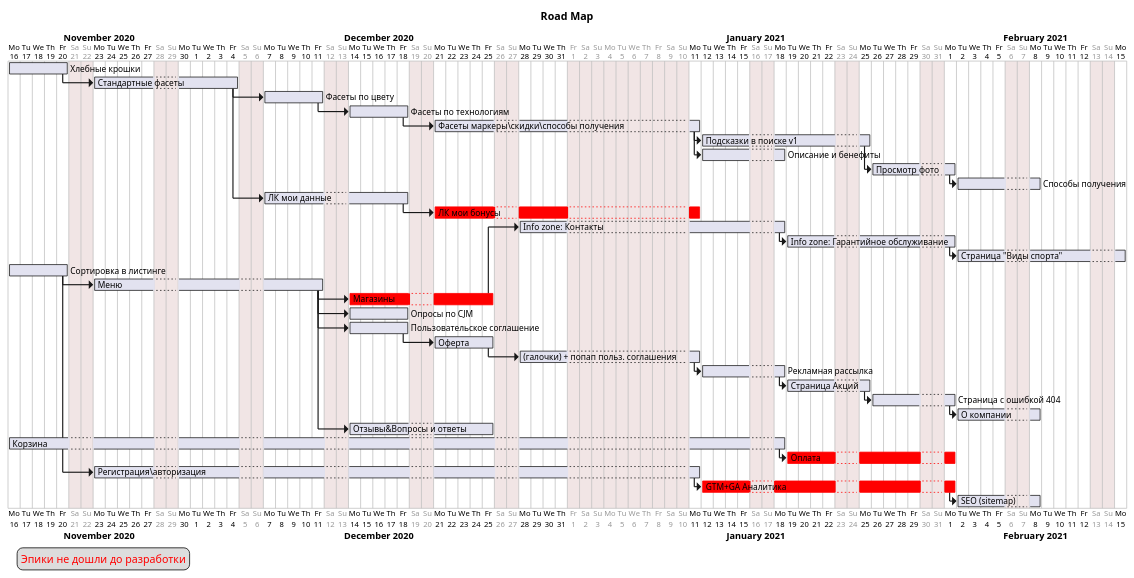
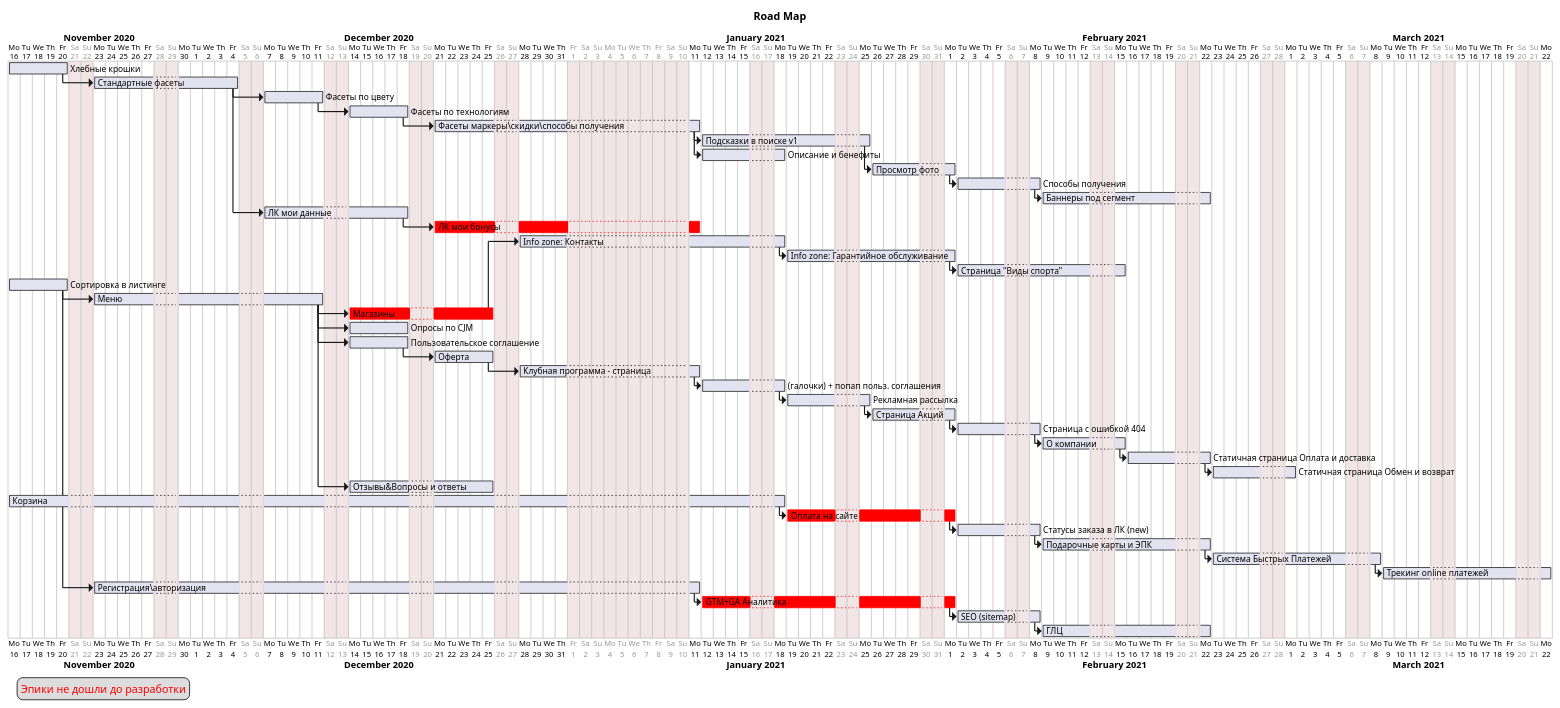
Before and after one commit to ViKt0R-K/plantuml: the diagram in roadMap.puml, drawn with PlantUML.

```diff
--- a/roadMap.puml
+++ b/roadMap.puml
@@ -1,95 +1,114 @@
 @startgantt
 
 title Road Map
 
 project starts the 2020/11/16
 saturday are closed
 sunday are closed
 '2020/12/09 is closed
 2021/01/01 to 2021/01/10 is closed
 
 [Хлебные крошки] as [categoryBranch] lasts 1 week
 [Стандартные фасеты] as [fasets] lasts 2 week
 [Фасеты по цвету] as [fasetsC] lasts 1 week
 [Фасеты по технологиям] as [fasetsT] lasts 1 week
 [Фасеты маркеры\скидки\способы получения] as [fasetsH] lasts 2 week
 [Подсказки в поиске v1] as [search] lasts 2 week
 [Описание и бенефиты] as [benifits] lasts 1 week
 [Просмотр фото] as [photo] lasts 1 week
 [Способы получения] as [shipment] lasts 1 week
+[Баннеры​ под сегмент] as [banners] lasts 2 week
 
 [ЛК мои данные] as [userHome] lasts 2 week
 [ЛК мои бонусы] as [userBonus] lasts 2 week
 '[ЛК: Мои заказы - изменение заказа] as [order] lasts 2 week
 
 [Info zone: Контакты] as [Info_zone_K] lasts 2 week
 [Info zone: Гарантийное обслуживание​] as [Info_zone_G] lasts 2 week
 [Страница "Виды спорта"] as [sports] lasts 2 week
 
 [Сортировка в листинге] as [sort] lasts 1 week
 [Меню] as [menu] lasts 3 week
 [Магазины] as [store] lasts 2 week
 [Опросы по CJM] as [cjm] lasts 1 week
 [Пользовательское соглашение] as [privacy] lasts 1 week
 [Оферта] as [oferta] lasts 1 week
+[Клубная программа - страница] as [club] lasts 1 week
 [(галочки) + попап польз. соглашения] as [privacyPopUp] lasts 1 week
 [Рекламная рассылка] as [promo] lasts 1 week
 [Страница Акций] as [action] lasts 1 week
 [Страница с ошибкой 404] as [404] lasts 1 week
 [О компании] as [about] lasts 1 week
+[Статичная страница Оплата и доставка] as [st_bay_delyvery] lasts 1 week
+[Статичная страница Обмен и возврат] as [st_change_back] lasts 1 week
 
 [Отзывы&Вопросы и ответы] as [ot_kt] lasts 2 week
 
 [Корзина] as [cart] lasts 8 week
-[Оплата] as [checkout] lasts 2 week
+[Оплата на сайте] as [checkout] lasts 2 week
+[Статусы заказа в ЛК (new)​] as [lk_order_stat] lasts 1 week
+[Подарочные карты и ЭПК​] as [epk] lasts 2 week
+[Система Быстрых Платежей​] as [fast_plat] lasts 2 week
+[Трекинг online платежей​] as [plat_trek] lasts 2 week
+
 
 [Регистрация\авторизация] as [auth] lasts 6 week
 [GTM+GA Аналитика] as [gtmGa] lasts 3 week
 [SEO (sitemap)] as [seo] lasts 1 week
+[ГЛЦ] as [glc] lasts 2 week
 
 [store] is colored in red
 [userBonus] is colored in red
 [gtmGa] is colored in red
 [checkout] is colored in red
 
 [categoryBranch]->[fasets]
 [fasets]->[fasetsC]
 [fasetsC]->[fasetsT]
 [fasetsT]->[fasetsH]
 [fasetsH]->[search]
+[fasetsH]->[benifits]
 [search]->[photo]
 [photo]->[shipment]
-[fasetsH]->[benifits]
+[shipment]->[banners]
 
 [fasets]->[userHome]
 [userHome]->[userBonus]
 
 
 [sort]->[menu]
 [menu]->[store]
 [store]->[Info_zone_K]
 [Info_zone_K]->[Info_zone_G]
 [Info_zone_G]->[sports]
 
 [menu]->[cjm]
 [menu]->[privacy]
 [privacy]->[oferta]
-[oferta]->[privacyPopUp]
+[oferta]->[club]
+[club]->[privacyPopUp]
 [privacyPopUp]-> [promo]
 [promo]-> [action]
 [action]-> [404]
 [404]-> [about]
+[about]->[st_bay_delyvery]
+[st_bay_delyvery]->[st_change_back]
 
 [menu]->[ot_kt]
 
 [cart]->[checkout]
+[checkout]->[lk_order_stat]
+[lk_order_stat]->[epk]
+[epk]->[fast_plat]
+[fast_plat]->[plat_trek]
 
 [sort]->[auth]
 [auth]->[gtmGa]
 [gtmGa]->[seo]
+[seo]->[glc]
 
 legend left
 <font color=red>Эпики не дошли до разработки</font>
 endlegend
 
 @endgantt
```
